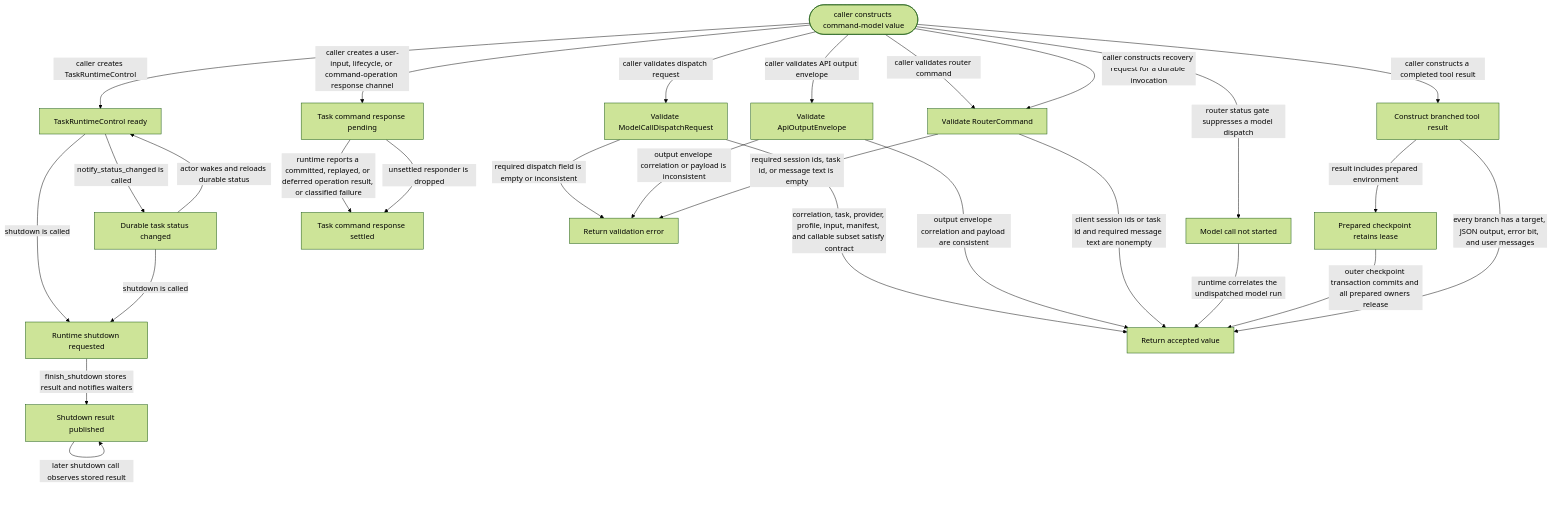
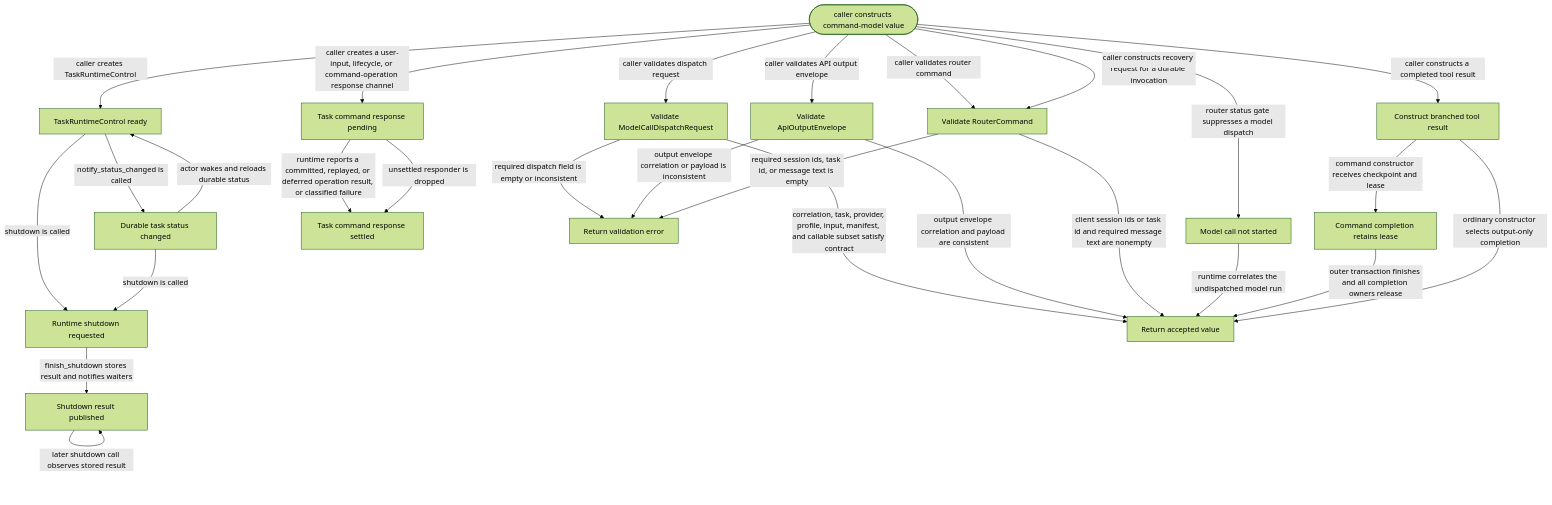
One commit to JiaJunDeng5930/Selvedge changed the diagram in crates/command-model/README.md. Above: the diagram before and after it, drawn with Mermaid (forest theme). The commit also changed other lines of this file and 25 other files, not shown here.

````diff
--- a/crates/command-model/README.md
+++ b/crates/command-model/README.md
@@ -41,45 +41,45 @@
 ```mermaid
 flowchart TD
   Start([caller constructs command-model value])
   ValidateDispatch[Validate ModelCallDispatchRequest]
   ValidateApiOutput[Validate ApiOutputEnvelope]
   ValidateRouterCommand[Validate RouterCommand]
   ControlReady[TaskRuntimeControl ready]
   StatusChanged[Durable task status changed]
   ModelNotStarted[Model call not started]
   ShuttingDown[Runtime shutdown requested]
   ShutdownFinished[Shutdown result published]
   TaskResponsePending[Task command response pending]
   TaskResponseSettled[Task command response settled]
   ToolResult[Construct branched tool result]
   Valid[Return accepted value]
   Invalid[Return validation error]
 
   Start -->|caller validates dispatch request| ValidateDispatch
   Start -->|caller validates API output envelope| ValidateApiOutput
   Start -->|caller validates router command| ValidateRouterCommand
   Start -->|caller creates TaskRuntimeControl| ControlReady
   Start -->|caller creates a user-input, lifecycle, or command-operation response channel| TaskResponsePending
   Start -->|caller constructs recovery request for a durable invocation| ValidateRouterCommand
   Start -->|router status gate suppresses a model dispatch| ModelNotStarted
   Start -->|caller constructs a completed tool result| ToolResult
   ValidateDispatch -->|correlation, task, provider, profile, input, manifest, and callable subset satisfy contract| Valid
   ValidateDispatch -->|required dispatch field is empty or inconsistent| Invalid
   ValidateApiOutput -->|output envelope correlation and payload are consistent| Valid
   ValidateApiOutput -->|output envelope correlation or payload is inconsistent| Invalid
   ValidateRouterCommand -->|client session ids or task id and required message text are nonempty| Valid
   ValidateRouterCommand -->|required session ids, task id, or message text is empty| Invalid
   ControlReady -->|notify_status_changed is called| StatusChanged
   StatusChanged -->|actor wakes and reloads durable status| ControlReady
   ModelNotStarted -->|runtime correlates the undispatched model run| Valid
   ControlReady -->|shutdown is called| ShuttingDown
   StatusChanged -->|shutdown is called| ShuttingDown
   ShuttingDown -->|finish_shutdown stores result and notifies waiters| ShutdownFinished
   ShutdownFinished -->|later shutdown call observes stored result| ShutdownFinished
   TaskResponsePending -->|runtime reports a committed, replayed, or deferred operation result, or classified failure| TaskResponseSettled
   TaskResponsePending -->|unsettled responder is dropped| TaskResponseSettled
-  PreparedEnvironment[Prepared checkpoint retains lease]
-  ToolResult -->|result includes prepared environment| PreparedEnvironment
-  PreparedEnvironment -->|outer checkpoint transaction commits and all prepared owners release| Valid
-  ToolResult -->|every branch has a target, JSON output, error bit, and user messages| Valid
+  CommandCompletion[Command completion retains lease]
+  ToolResult -->|command constructor receives checkpoint and lease| CommandCompletion
+  CommandCompletion -->|outer transaction finishes and all completion owners release| Valid
+  ToolResult -->|ordinary constructor selects output-only completion| Valid
 ```
````
